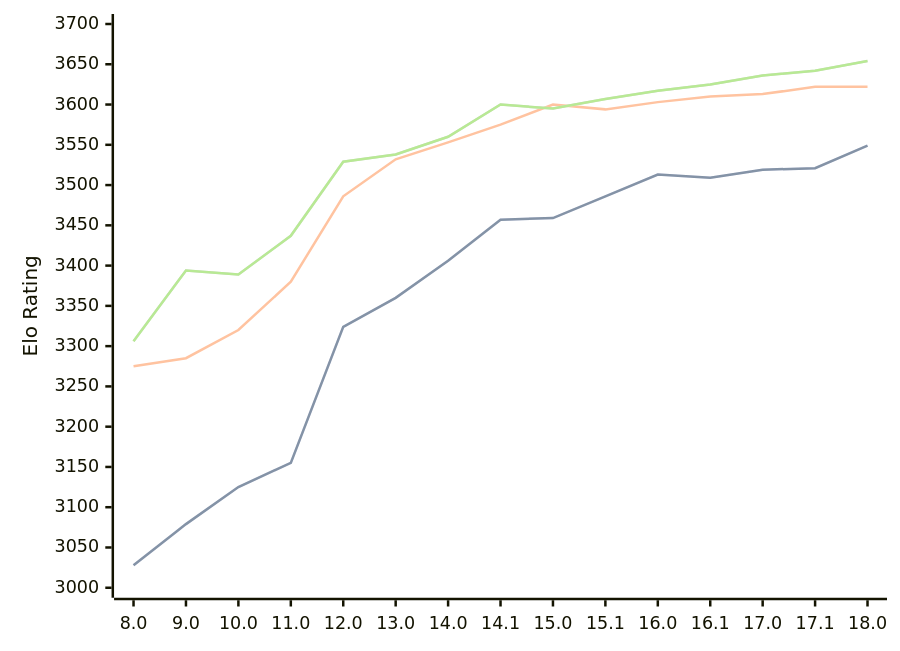
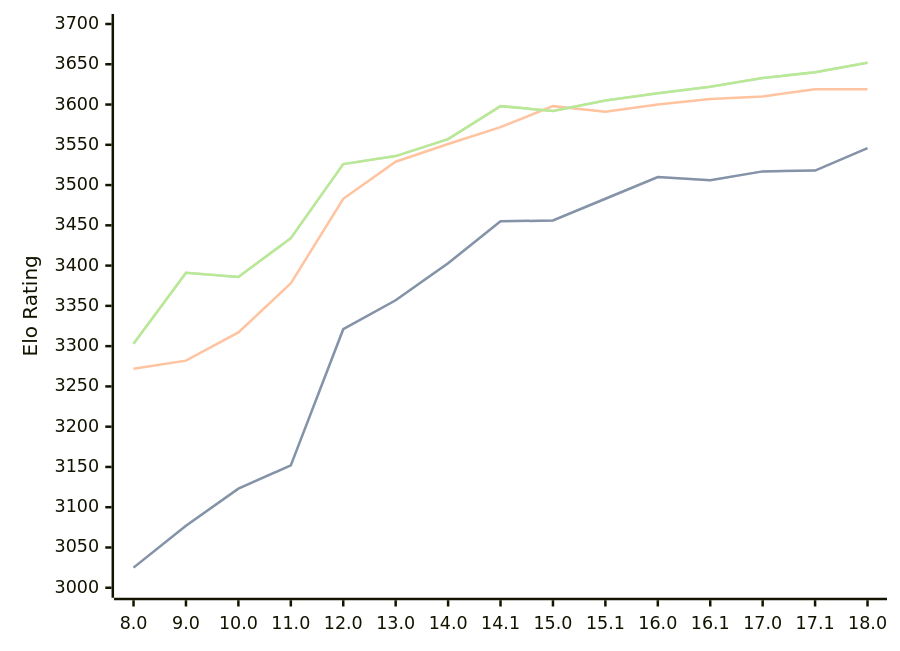
Before and after one commit to computer-chess-index/cci: the diagram in engines/Stockfish.md, drawn with Mermaid. The commit also changed other lines of this file, not shown here.

Commit message:
Update CCI Ratings (ELO VLTC) - 2026-04-23

````diff
--- a/engines/Stockfish.md
+++ b/engines/Stockfish.md
@@ -46,11 +46,11 @@
 ```mermaid
 %%{init: {"theme":"base","themeVariables":{"seriesColors:['#a3a3a3','#222221','#faa371']}}}%%
 xychart-beta
   x-axis ["8.0", "9.0", "10.0", "11.0", "12.0", "13.0", "14.0", "14.1", "15.0", "15.1", "16.0", "16.1", "17.0", "17.1", "18.0"]
   y-axis "Elo Rating" 3000 --> 3700
-  line "STC (8.0+0.08s)" [3028, 3079, 3125, 3155, 3324, 3360, 3406, 3457, 3459, 3486, 3513, 3509, 3519, 3521, 3549]
-  line "STC (8.0+0.08s)" [3028, 3079, 3125, 3155, 3324, 3360, 3406, 3457, 3459, 3486, 3513, 3509, 3519, 3521, 3549]
-  line "LTC (60.0+0.60s)" [3275, 3285, 3320, 3380, 3486, 3532, 3553, 3575, 3600, 3594, 3603, 3610, 3613, 3622, 3622]
-  line "VLTC (2m24s+1.12s)" [3306, 3394, 3389, 3437, 3529, 3538, 3560, 3600, 3595, 3607, 3617, 3625, 3636, 3642, 3654]
-  line "VLTC (2m24s+1.12s)" [3306, 3394, 3389, 3437, 3529, 3538, 3560, 3600, 3595, 3607, 3617, 3625, 3636, 3642, 3654]
+  line "STC (8.0+0.08s)" [3025, 3077, 3123, 3152, 3321, 3357, 3403, 3455, 3456, 3483, 3510, 3506, 3517, 3518, 3546]
+  line "STC (8.0+0.08s)" [3025, 3077, 3123, 3152, 3321, 3357, 3403, 3455, 3456, 3483, 3510, 3506, 3517, 3518, 3546]
+  line "LTC (60.0+0.60s)" [3272, 3282, 3317, 3378, 3483, 3529, 3551, 3572, 3598, 3591, 3600, 3607, 3610, 3619, 3619]
+  line "VLTC (2m24s+1.12s)" [3303, 3391, 3386, 3434, 3526, 3536, 3557, 3598, 3592, 3605, 3614, 3622, 3633, 3640, 3652]
+  line "VLTC (2m24s+1.12s)" [3303, 3391, 3386, 3434, 3526, 3536, 3557, 3598, 3592, 3605, 3614, 3622, 3633, 3640, 3652]
 ```
````
